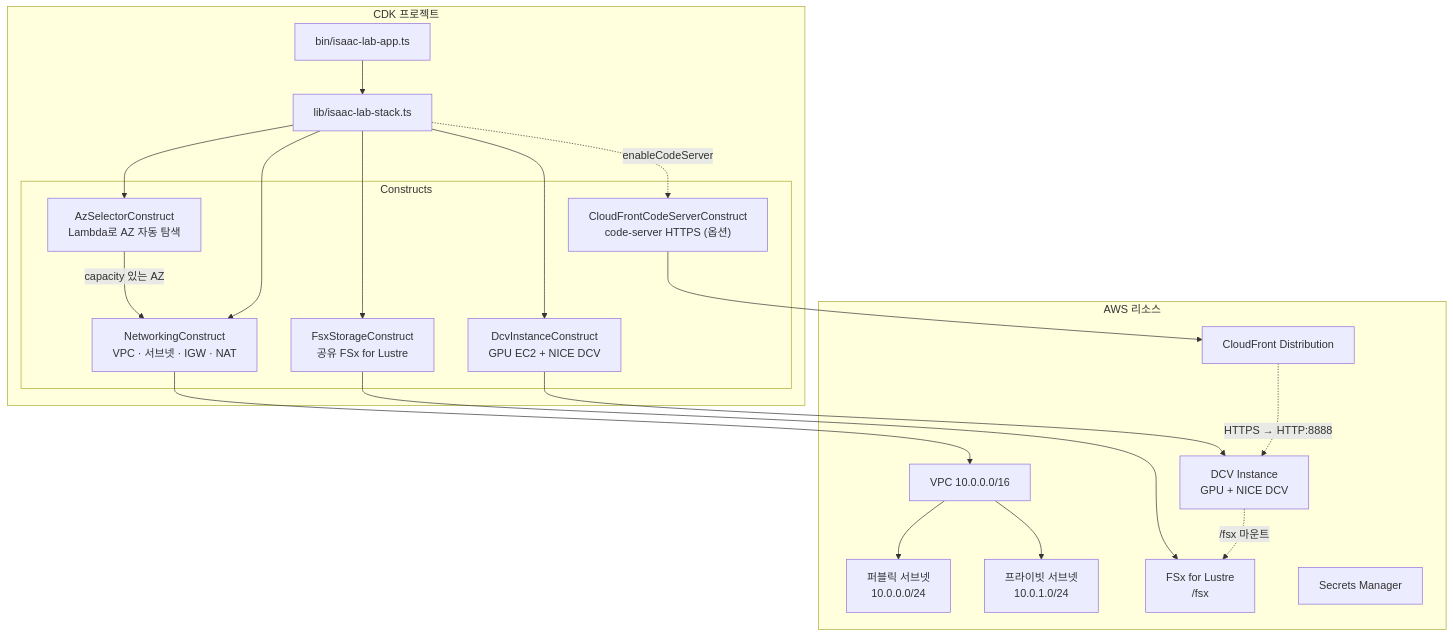
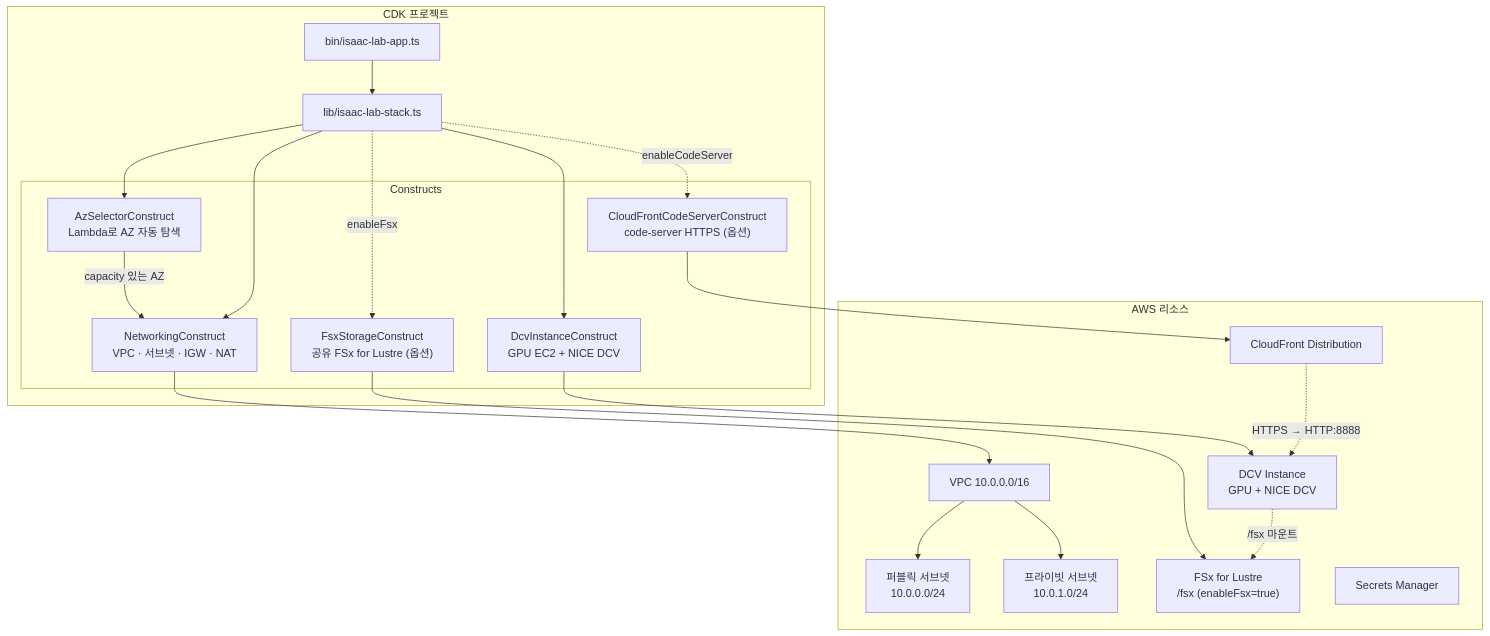
One commit to hi-space/aws-physical-ai-recipes changed the diagram in e2e-workshop/infra/isaaclab/README.md. Above: the diagram before and after it, drawn with Mermaid. The commit also changed other lines of this file and 22 other files, not shown here.

````diff
--- a/e2e-workshop/infra/isaaclab/README.md
+++ b/e2e-workshop/infra/isaaclab/README.md
@@ -24,37 +24,37 @@
 ```mermaid
 graph TB
     subgraph "CDK 프로젝트"
         APP["bin/isaac-lab-app.ts"]
         STACK["lib/isaac-lab-stack.ts"]
 
         subgraph "Constructs"
             AZ["AzSelectorConstruct<br/>Lambda로 AZ 자동 탐색"]
             NET["NetworkingConstruct<br/>VPC · 서브넷 · IGW · NAT"]
-            FSX_C["FsxStorageConstruct<br/>공유 FSx for Lustre"]
+            FSX_C["FsxStorageConstruct<br/>공유 FSx for Lustre (옵션)"]
             DCV["DcvInstanceConstruct<br/>GPU EC2 + NICE DCV"]
             CF["CloudFrontCodeServerConstruct<br/>code-server HTTPS (옵션)"]
         end
     end
 
     subgraph "AWS 리소스"
         VPC["VPC 10.0.0.0/16"]
         PUB["퍼블릭 서브넷<br/>10.0.0.0/24"]
         PRI["프라이빗 서브넷<br/>10.0.1.0/24"]
         DCV_I["DCV Instance<br/>GPU + NICE DCV"]
         CF_D["CloudFront Distribution"]
-        FSX_R["FSx for Lustre<br/>/fsx"]
+        FSX_R["FSx for Lustre<br/>/fsx (enableFsx=true)"]
         SM["Secrets Manager"]
     end
 
     APP --> STACK
     STACK --> AZ
     AZ -->|capacity 있는 AZ| NET
     STACK --> NET --> VPC
-    STACK --> FSX_C --> FSX_R
+    STACK -.->|enableFsx| FSX_C --> FSX_R
     STACK --> DCV --> DCV_I
     STACK -.->|enableCodeServer| CF --> CF_D
     CF_D -.->|HTTPS → HTTP:8888| DCV_I
     VPC --> PUB
     VPC --> PRI
     DCV_I -.->|/fsx 마운트| FSX_R
 ```
````
